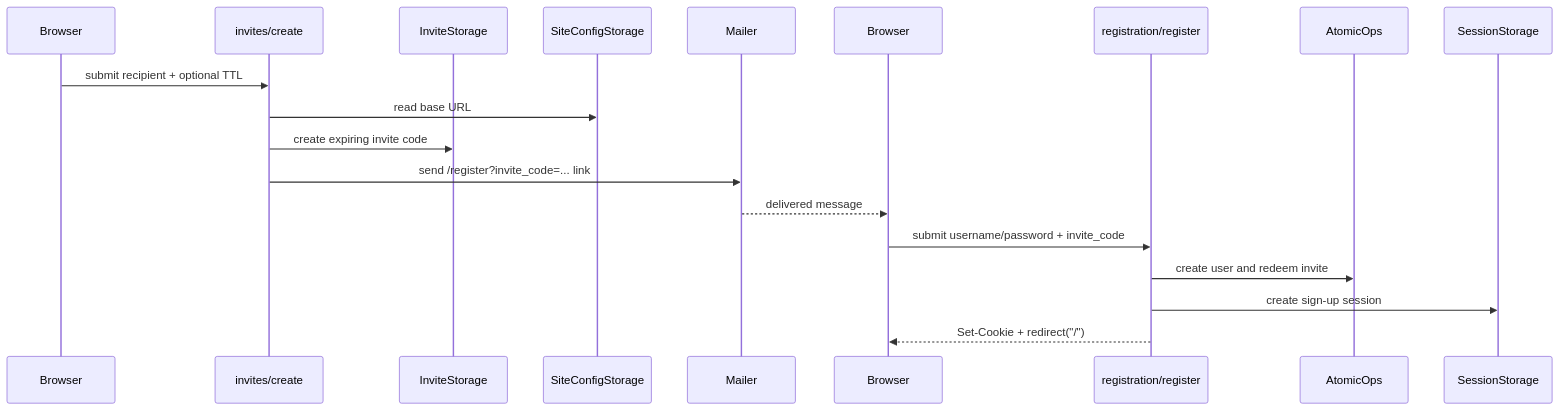
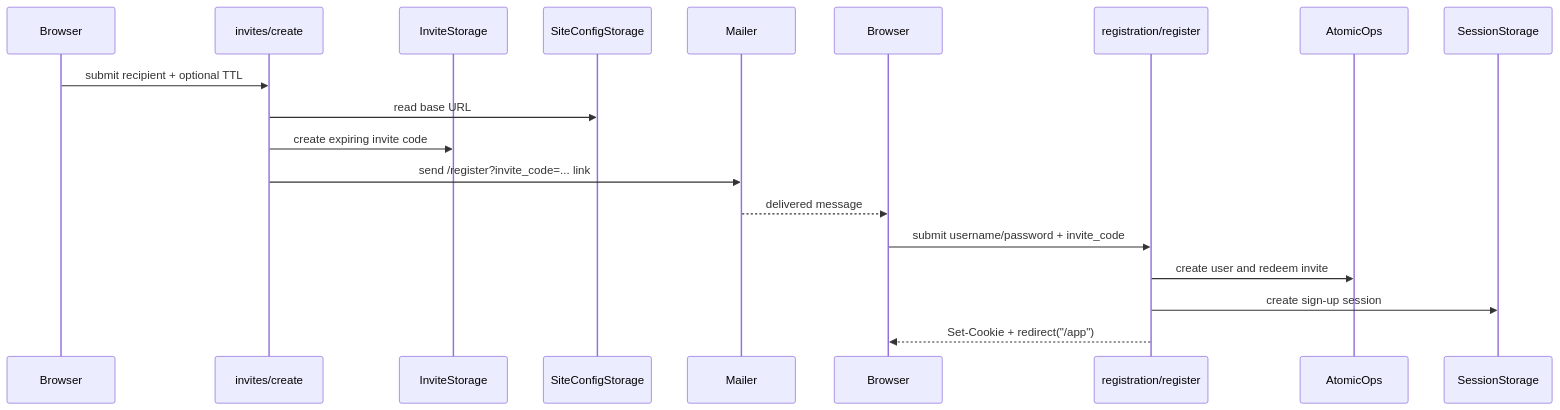
The diagram in docs/flows/invitation-registration.md (jaunder-org/jaunder), drawn with Mermaid before and after one commit. The commit also changed 57 other files, not shown here.

Commit message:
refactor(web): distinguish Local and Home timelines

````diff
--- a/docs/flows/invitation-registration.md
+++ b/docs/flows/invitation-registration.md
@@ -33,22 +33,22 @@
 ```mermaid
 sequenceDiagram
     participant Operator as Browser
     participant Invites as invites/create
     participant InviteStore as InviteStorage
     participant Site as SiteConfigStorage
     participant Mailer
     participant Invitee as Browser
     participant Register as registration/register
     participant Atomic as AtomicOps
     participant Sessions as SessionStorage
 
     Operator->>Invites: submit recipient + optional TTL
     Invites->>Site: read base URL
     Invites->>InviteStore: create expiring invite code
     Invites->>Mailer: send /register?invite_code=... link
     Mailer-->>Invitee: delivered message
     Invitee->>Register: submit username/password + invite_code
     Register->>Atomic: create user and redeem invite
     Register->>Sessions: create sign-up session
-    Register-->>Invitee: Set-Cookie + redirect("/")
+    Register-->>Invitee: Set-Cookie + redirect("/app")
 ```
````
